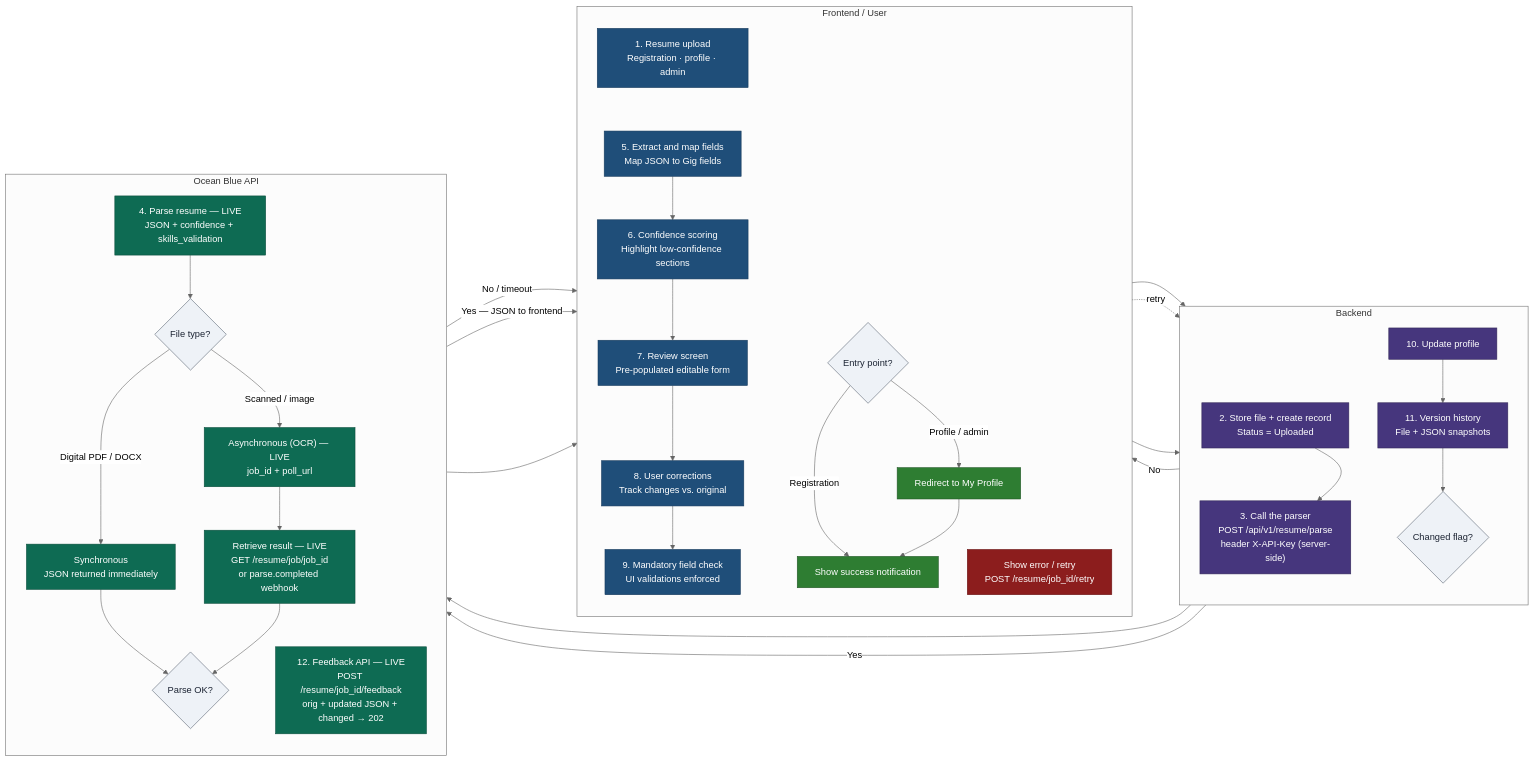
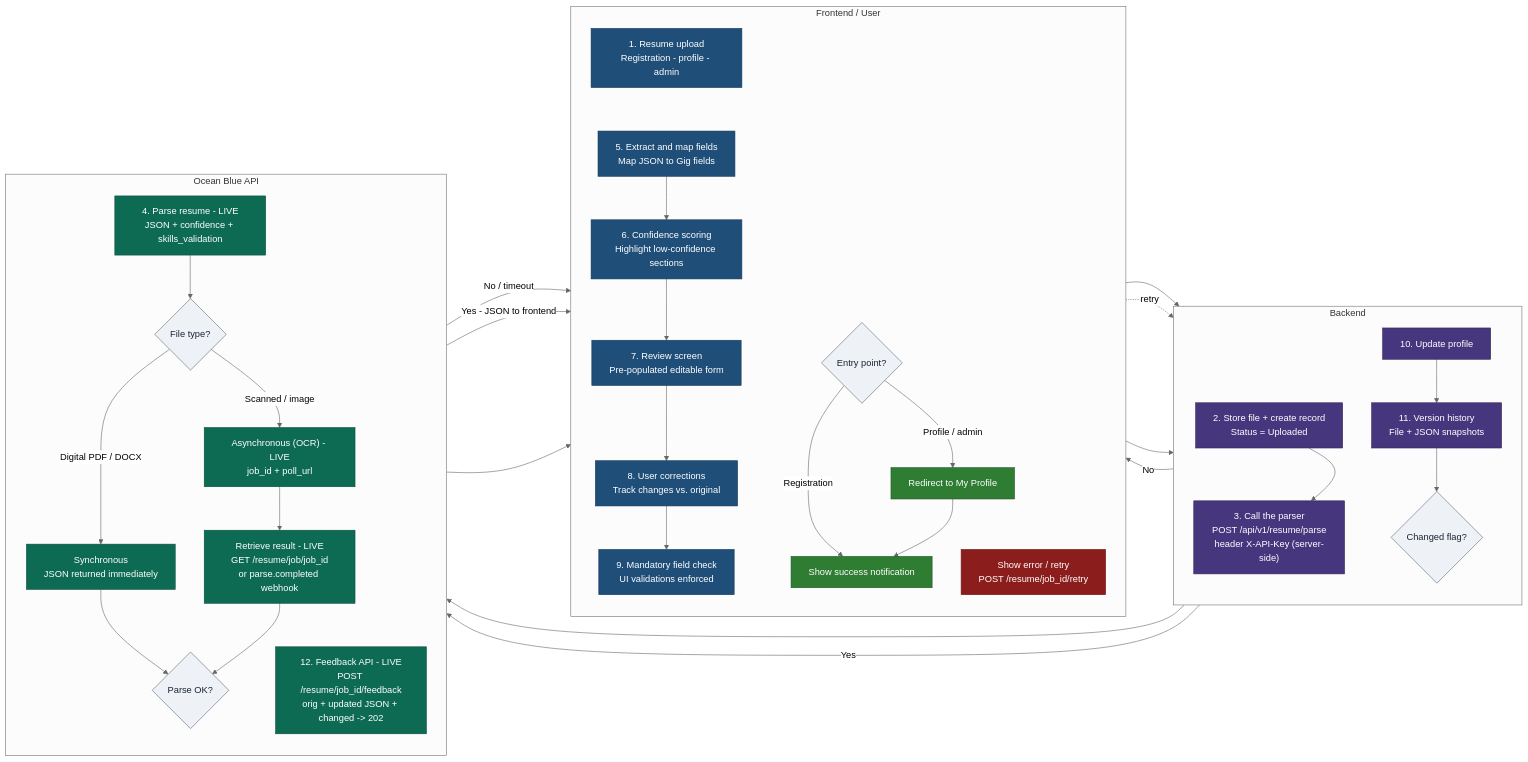
The diagram in docs/ocean-blue-integration-flow.md (gagankarthik/resume-parser-blue-iq-dev), drawn with Mermaid (neutral theme) before and after one commit. The commit also changed other lines of this file and 132 other files, not shown here.

````diff
--- a/docs/ocean-blue-integration-flow.md
+++ b/docs/ocean-blue-integration-flow.md
@@ -16,64 +16,64 @@
 ```mermaid
 flowchart LR
   classDef fe  fill:#1f4e79,stroke:#163a5c,color:#fff;
   classDef be  fill:#46367d,stroke:#332758,color:#fff;
   classDef ob  fill:#0e6b53,stroke:#0a4d3c,color:#fff;
   classDef err fill:#8c1d1d,stroke:#6a1414,color:#fff;
   classDef ok  fill:#2e7d32,stroke:#225626,color:#fff;
   classDef dec fill:#eef2f7,stroke:#5b6573,color:#1c2433;
 
   %% ===================== LANE 1: FRONTEND / USER =====================
   subgraph FE["Frontend / User"]
     direction TB
-    U1["1. Resume upload<br/>Registration · profile · admin"]:::fe
+    U1["1. Resume upload<br/>Registration - profile - admin"]:::fe
     F5["5. Extract and map fields<br/>Map JSON to Gig fields"]:::fe
     F6["6. Confidence scoring<br/>Highlight low-confidence sections"]:::fe
     F7["7. Review screen<br/>Pre-populated editable form"]:::fe
     F8["8. User corrections<br/>Track changes vs. original"]:::fe
     F9["9. Mandatory field check<br/>UI validations enforced"]:::fe
     ERRN["Show error / retry<br/>POST /resume/job_id/retry"]:::err
     EP{"Entry point?"}:::dec
     MP["Redirect to My Profile"]:::ok
     DONE["Show success notification"]:::ok
     U1 ~~~ F5 --> F6 --> F7 --> F8 --> F9
   end
 
   %% ===================== LANE 2: BACKEND =====================
   subgraph BE["Backend"]
     direction TB
     B2["2. Store file + create record<br/>Status = Uploaded"]:::be
     B3["3. Call the parser<br/>POST /api/v1/resume/parse<br/>header X-API-Key (server-side)"]:::be
     B10["10. Update profile"]:::be
     B11["11. Version history<br/>File + JSON snapshots"]:::be
     CF{"Changed flag?"}:::dec
     B2 ~~~ B3
     B10 --> B11 --> CF
   end
 
   %% ===================== LANE 3: OCEAN BLUE API =====================
   subgraph OB["Ocean Blue API"]
     direction TB
-    O4["4. Parse resume — LIVE<br/>JSON + confidence + skills_validation"]:::ob
+    O4["4. Parse resume - LIVE<br/>JSON + confidence + skills_validation"]:::ob
     FT{"File type?"}:::dec
     SYNC["Synchronous<br/>JSON returned immediately"]:::ob
-    ASYNC["Asynchronous (OCR) — LIVE<br/>job_id + poll_url"]:::ob
-    POLL["Retrieve result — LIVE<br/>GET /resume/job/job_id<br/>or parse.completed webhook"]:::ob
+    ASYNC["Asynchronous (OCR) - LIVE<br/>job_id + poll_url"]:::ob
+    POLL["Retrieve result - LIVE<br/>GET /resume/job/job_id<br/>or parse.completed webhook"]:::ob
     POK{"Parse OK?"}:::dec
-    O12["12. Feedback API — LIVE<br/>POST /resume/job_id/feedback<br/>orig + updated JSON + changed → 202"]:::ob
+    O12["12. Feedback API - LIVE<br/>POST /resume/job_id/feedback<br/>orig + updated JSON + changed -> 202"]:::ob
     O4 --> FT
     FT -->|"Digital PDF / DOCX"| SYNC --> POK
     FT -->|"Scanned / image"| ASYNC --> POLL --> POK
   end
 
   %% ===================== CROSS-LANE FLOW =====================
   U1 --> B2 --> B3 --> O4
   POK -->|"No / timeout"| ERRN
   ERRN -. retry .-> B3
-  POK -->|"Yes — JSON to frontend"| F5
+  POK -->|"Yes - JSON to frontend"| F5
   F9 --> B10
   CF -->|"Yes"| O12
   CF -->|"No"| EP
   O12 --> EP
   EP -->|"Registration"| DONE
   EP -->|"Profile / admin"| MP --> DONE
 ```
````
